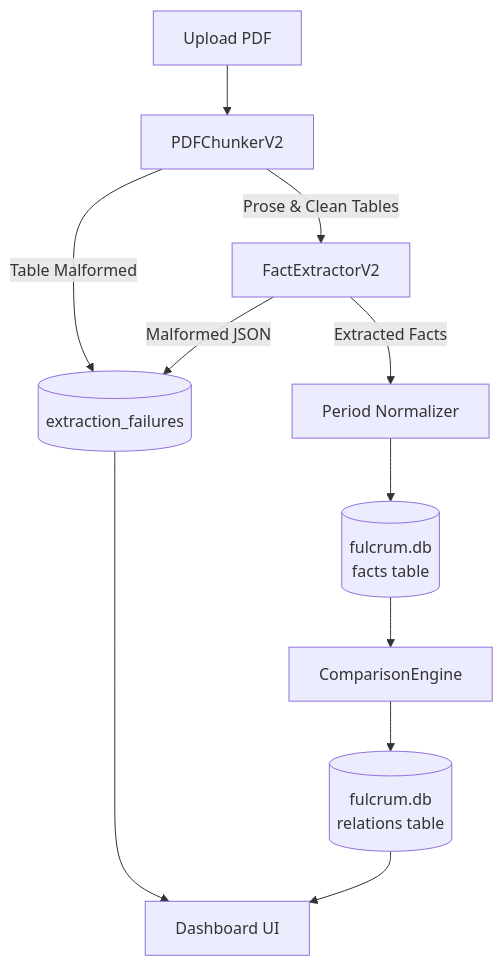
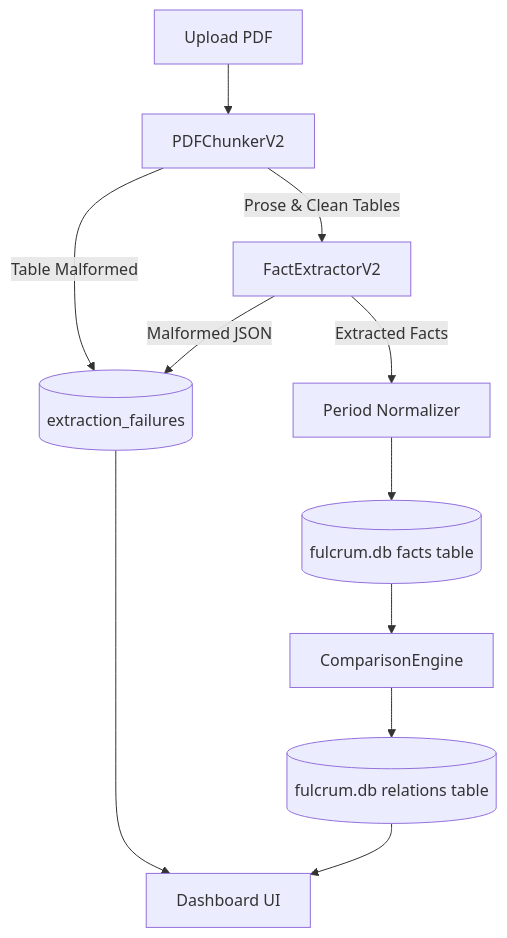
The diagram in README.md (Harshitmishra001/Fulcrum), drawn with Mermaid before and after one commit.

Commit message:
docs: fix mermaid diagram syntax error

````diff
--- a/README.md
+++ b/README.md
@@ -6,13 +6,13 @@
 ```mermaid
 flowchart TD
     A[Upload PDF] --> B[PDFChunkerV2]
     B -->|Table Malformed| C[(extraction_failures)]
     B -->|Prose & Clean Tables| D[FactExtractorV2]
     D -->|Malformed JSON| C
     D -->|Extracted Facts| E[Period Normalizer]
-    E --> F[(fulcrum.db\nfacts table)]
+    E --> F[(fulcrum.db facts table)]
     F --> G[ComparisonEngine]
-    G --> H[(fulcrum.db\nrelations table)]
+    G --> H[(fulcrum.db relations table)]
     H --> I[Dashboard UI]
     C --> I
 ```
````
